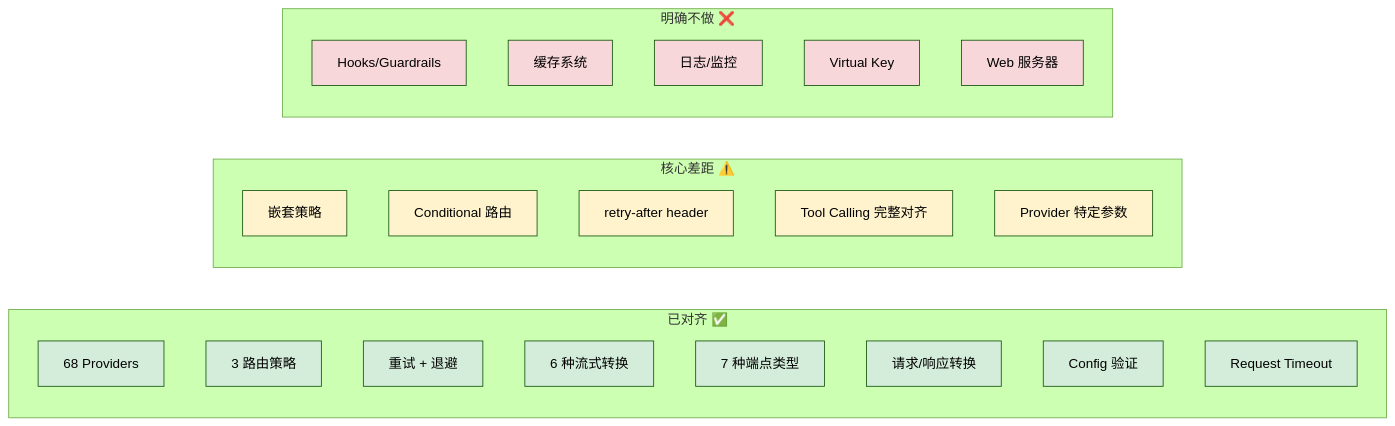
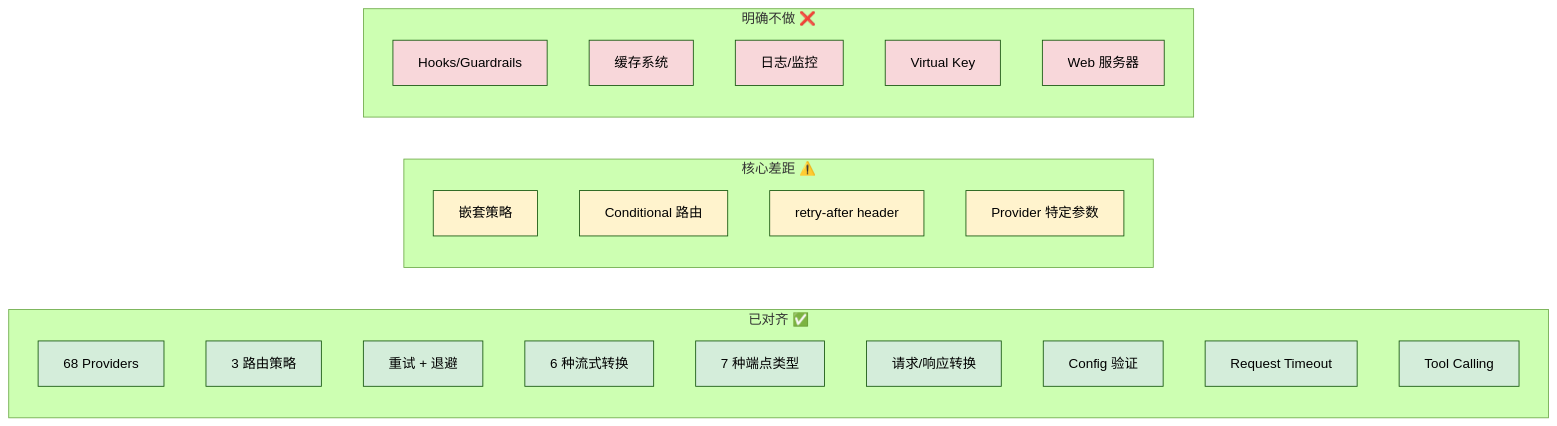
Before and after one commit to xandersbell/chainr: the diagram in docs/PORTKEY_DIFF_REPORT.md, drawn with Mermaid (forest theme). The commit also changed other lines of this file, not shown here.

Commit message:
docs: update diff report for Phase 3C completion (tool calling aligned)

````diff
--- a/docs/PORTKEY_DIFF_REPORT.md
+++ b/docs/PORTKEY_DIFF_REPORT.md
@@ -193,48 +193,48 @@
 ```mermaid
 graph LR
     subgraph "已对齐 ✅"
         A[68 Providers]
         B[3 路由策略]
         C[重试 + 退避]
         D[6 种流式转换]
         E[7 种端点类型]
         F[请求/响应转换]
         G[Config 验证]
         H[Request Timeout]
+        S[Tool Calling]
     end
 
     subgraph "核心差距 ⚠️"
         I[嵌套策略]
         J[Conditional 路由]
         K[retry-after header]
-        L[Tool Calling 完整对齐]
         M[Provider 特定参数]
     end
 
     subgraph "明确不做 ❌"
         N[Hooks/Guardrails]
         O[缓存系统]
         P[日志/监控]
         Q[Virtual Key]
         R[Web 服务器]
     end
 
     style A fill:#d4edda,color:#000
     style B fill:#d4edda,color:#000
     style C fill:#d4edda,color:#000
     style D fill:#d4edda,color:#000
     style E fill:#d4edda,color:#000
     style F fill:#d4edda,color:#000
     style G fill:#d4edda,color:#000
     style H fill:#d4edda,color:#000
+    style S fill:#d4edda,color:#000
     style I fill:#fff3cd,color:#000
     style J fill:#fff3cd,color:#000
     style K fill:#fff3cd,color:#000
-    style L fill:#fff3cd,color:#000
     style M fill:#fff3cd,color:#000
     style N fill:#f8d7da,color:#000
     style O fill:#f8d7da,color:#000
     style P fill:#f8d7da,color:#000
     style Q fill:#f8d7da,color:#000
     style R fill:#f8d7da,color:#000
 ```
````
